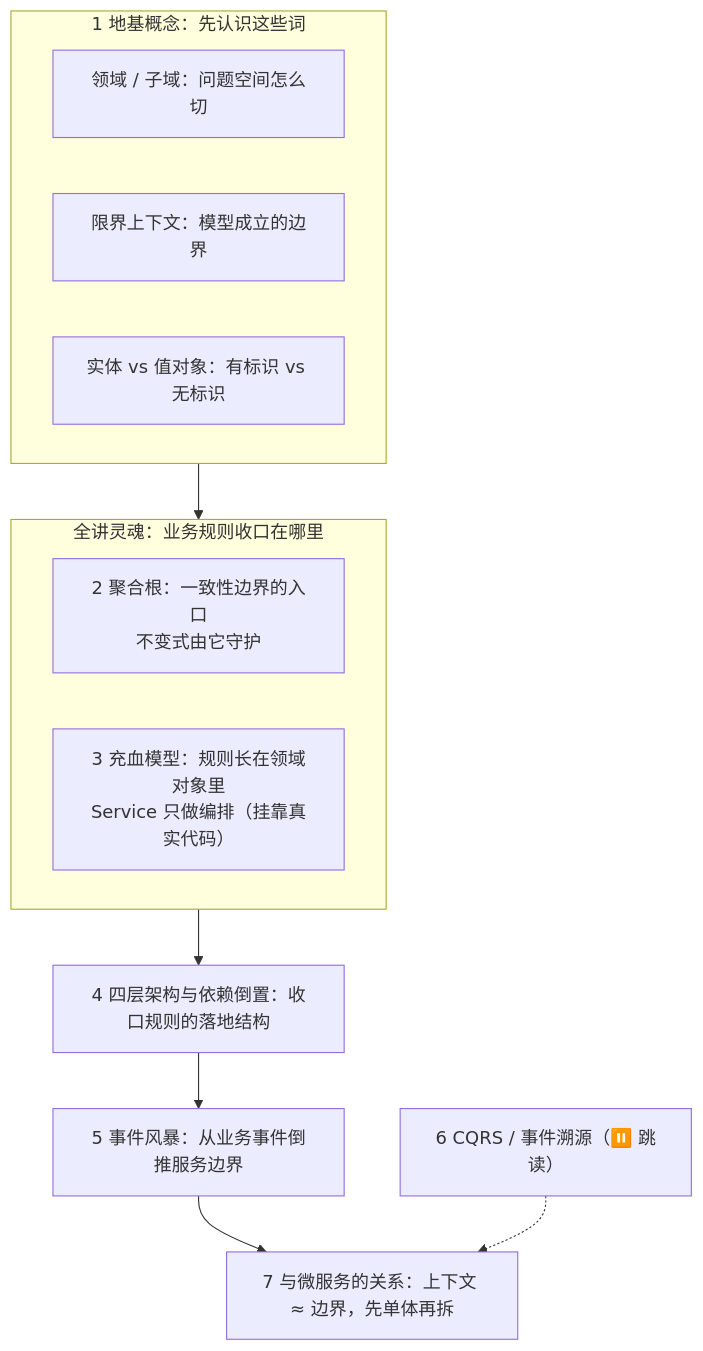
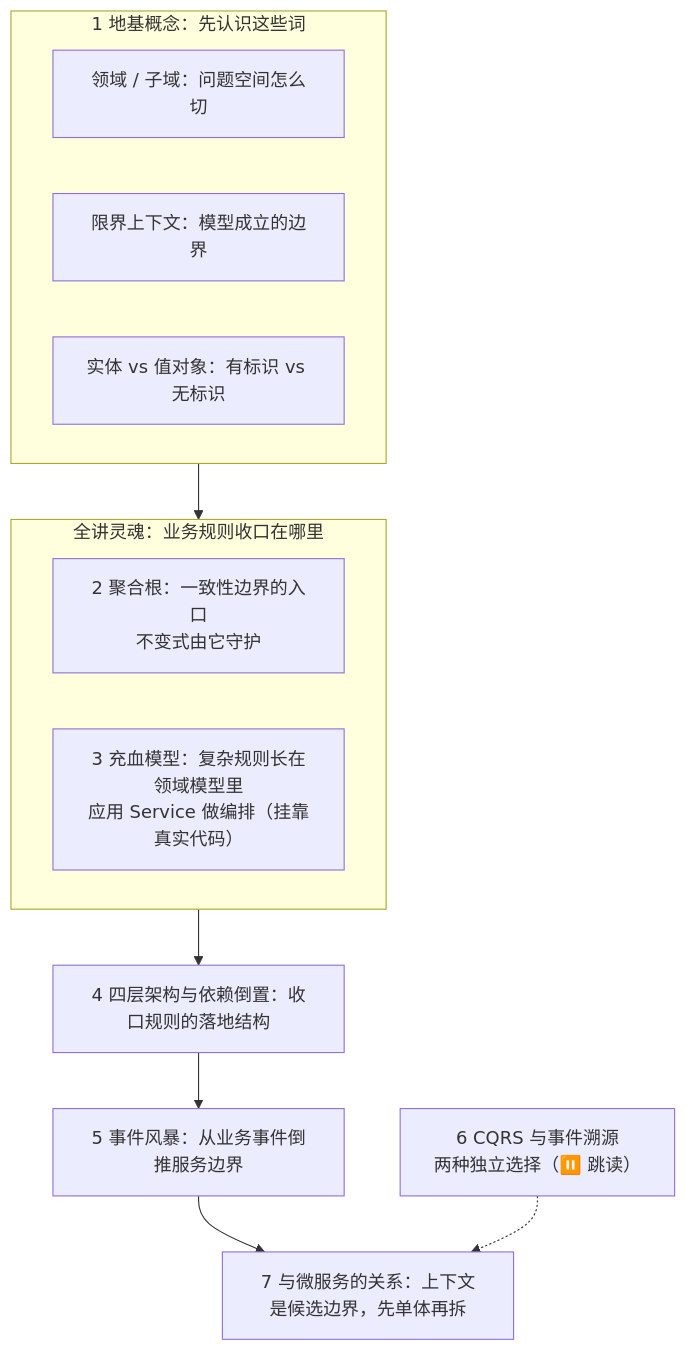
One commit to CrazyForks/java-full-stack changed the first of 7 diagrams in docs/04-阶段四-微服务架构与分布式系统/04-DDD领域驱动设计.md. Above: the diagram before and after it, drawn with Mermaid. The commit also changed other lines of this file and 58 other files, not shown here.

````diff
--- a/docs/04-阶段四-微服务架构与分布式系统/04-DDD领域驱动设计.md
+++ b/docs/04-阶段四-微服务架构与分布式系统/04-DDD领域驱动设计.md
@@ -69,21 +71,21 @@
 ```mermaid
-flowchart TD
-    subgraph BASE["1 地基概念：先认识这些词"]
+graph TD
+    subgraph BASE[1 地基概念：先认识这些词]
         A["领域 / 子域：问题空间怎么切"]
         B["限界上下文：模型成立的边界"]
         C["实体 vs 值对象：有标识 vs 无标识"]
     end
-    subgraph SOUL["全讲灵魂：业务规则收口在哪里"]
+    subgraph SOUL[全讲灵魂：业务规则收口在哪里]
         D["2 聚合根：一致性边界的入口<br/>不变式由它守护"]
-        E["3 充血模型：规则长在领域对象里<br/>Service 只做编排（挂靠真实代码）"]
+        E["3 充血模型：复杂规则长在领域模型里<br/>应用 Service 做编排（挂靠真实代码）"]
     end
     F["4 四层架构与依赖倒置：收口规则的落地结构"]
     G["5 事件风暴：从业务事件倒推服务边界"]
-    H["6 CQRS / 事件溯源（⏸️ 跳读）"]
-    I["7 与微服务的关系：上下文 ≈ 边界，先单体再拆"]
+    H["6 CQRS 与事件溯源<br/>两种独立选择（⏸️ 跳读）"]
+    I["7 与微服务的关系：上下文是候选边界，先单体再拆"]
     BASE --> SOUL
     SOUL --> F
     F --> G
     G --> I
     H -.-> I
 ```
````
